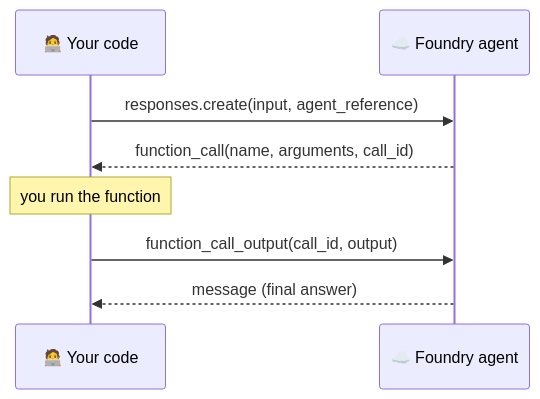
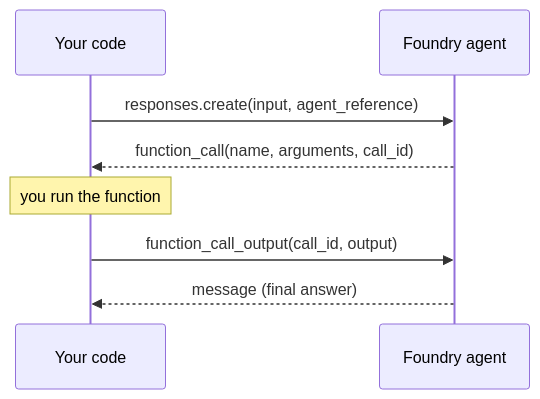
The second of 3 diagrams in docs/tools.md (nampacx/MS-Foundry-from-0-to-hero), drawn with Mermaid before and after one commit. The commit also changed other lines of this file and 37 other files, not shown here.

````diff
--- a/docs/tools.md
+++ b/docs/tools.md
@@ -53,10 +53,10 @@
 ```mermaid
 sequenceDiagram
-    participant C as 🧑‍💻 Your code
-    participant F as ☁️ Foundry agent
+    participant C as Your code
+    participant F as Foundry agent
     C->>F: responses.create(input, agent_reference)
     F-->>C: function_call(name, arguments, call_id)
     Note over C: you run the function
     C->>F: function_call_output(call_id, output)
     F-->>C: message (final answer)
 ```
````
